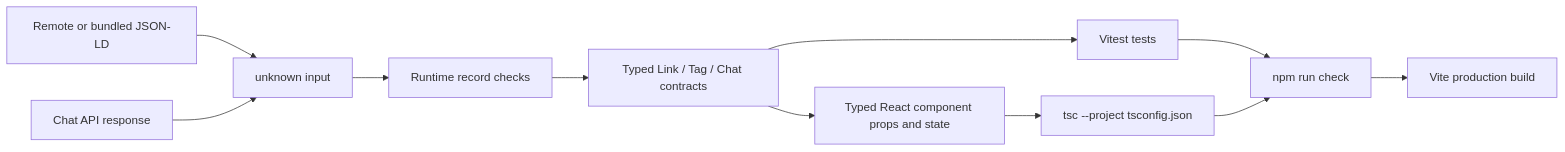
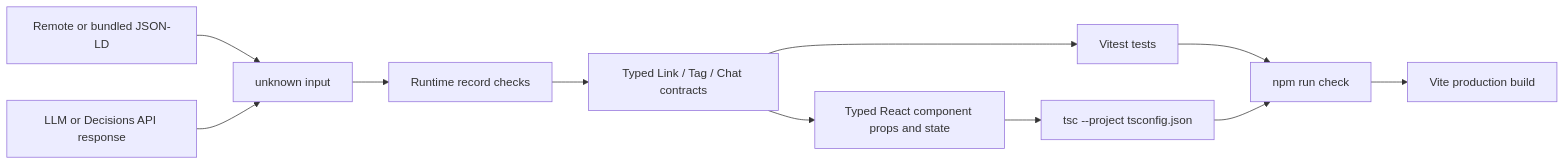
One commit to johnpfeiffer/links changed the second of 7 diagrams in architecture.md. Above: the diagram before and after it, drawn with Mermaid. The commit also changed other lines of this file and 17 other files, not shown here.

````diff
--- a/architecture.md
+++ b/architecture.md
@@ -56,13 +58,13 @@
 ```mermaid
 flowchart LR
   Content["Remote or bundled JSON-LD"] --> Unknown["unknown input"]
-  Api["Chat API response"] --> Unknown
+  Api["LLM or Decisions API response"] --> Unknown
   Unknown --> Narrow["Runtime record checks"]
   Narrow --> Models["Typed Link / Tag / Chat contracts"]
   Models --> Ui["Typed React component props and state"]
   Models --> Tests["Vitest tests"]
   Ui --> Compile["tsc --project tsconfig.json"]
   Tests --> Check["npm run check"]
   Compile --> Check
   Check --> Build["Vite production build"]
 ```
````
